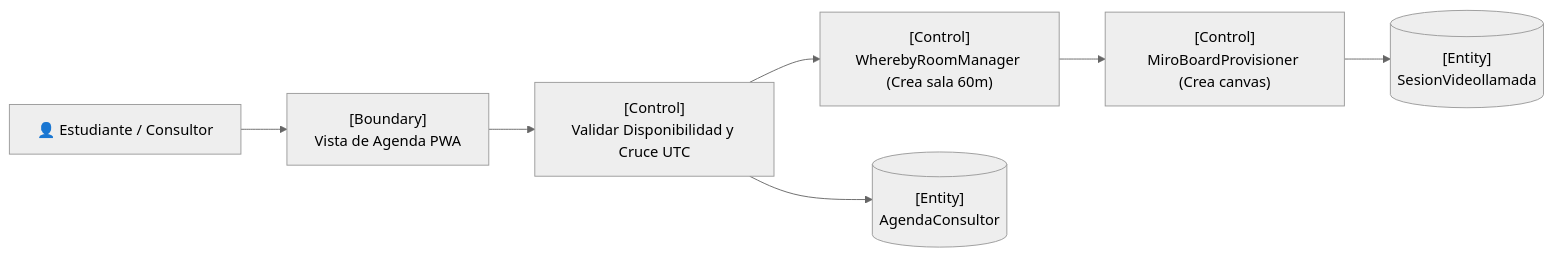
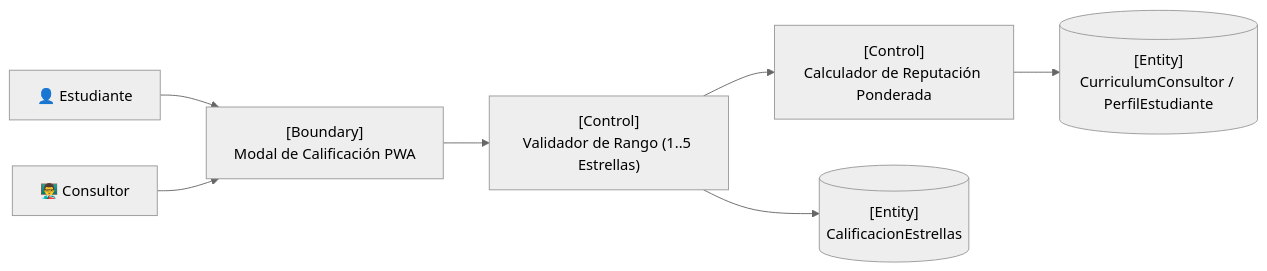
The fifth of 7 diagrams in docs/03_architecture_and_design.md (pcloayza3/plataforma01), drawn with Mermaid (neutral theme) before and after one commit. The commit also changed other lines of this file and 1 other file, not shown here.

Commit message:
docs(design): incorporar perfiles estructurados con fotos/logos sin links externos, calificaciones 1-5 estrellas y semaforo de avance/retraso

````diff
--- a/docs/03_architecture_and_design.md
+++ b/docs/03_architecture_and_design.md
@@ -212,17 +219,17 @@
 ```mermaid
 graph LR
-    Actor["👤 Estudiante / Consultor"]
-    B1["[Boundary]<br/>Vista de Agenda PWA"]
-    C1["[Control]<br/>Validar Disponibilidad y Cruce UTC"]
-    C2["[Control]<br/>WherebyRoomManager (Crea sala 60m)"]
-    C3["[Control]<br/>MiroBoardProvisioner (Crea canvas)"]
-    E1[("[Entity]<br/>SesionVideollamada")]
-    E2[("[Entity]<br/>AgendaConsultor")]
+    Actor1["👤 Estudiante"]
+    Actor2["👨‍🏫 Consultor"]
+    B1["[Boundary]<br/>Modal de Calificación PWA"]
+    C1["[Control]<br/>Validador de Rango (1..5 Estrellas)"]
+    C2["[Control]<br/>Calculador de Reputación Ponderada"]
+    E1[("[Entity]<br/>CalificacionEstrellas")]
+    E2[("[Entity]<br/>CurriculumConsultor / PerfilEstudiante")]
 
-    Actor --> B1
+    Actor1 --> B1
+    Actor2 --> B1
     B1 --> C1
-    C1 --> E2
+    C1 --> E1
     C1 --> C2
-    C2 --> C3
-    C3 --> E1
+    C2 --> E2
 ```
````
